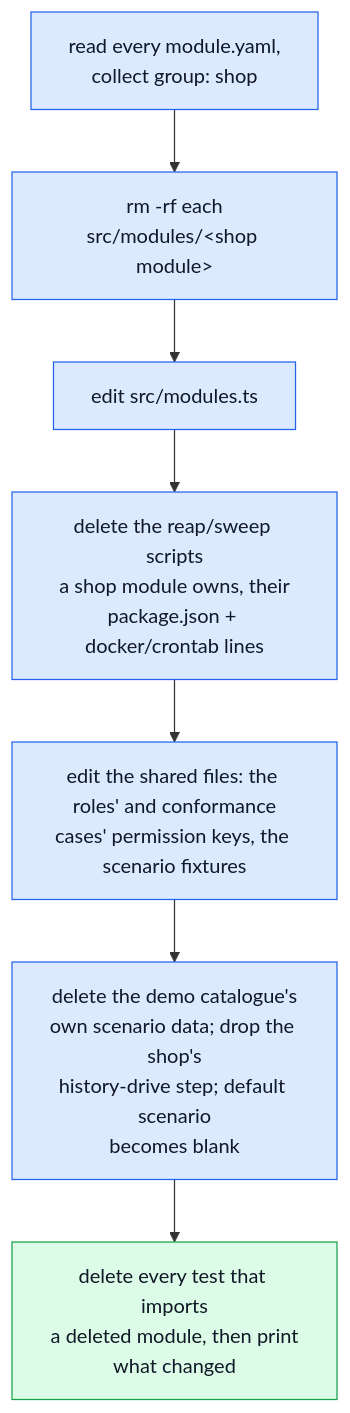
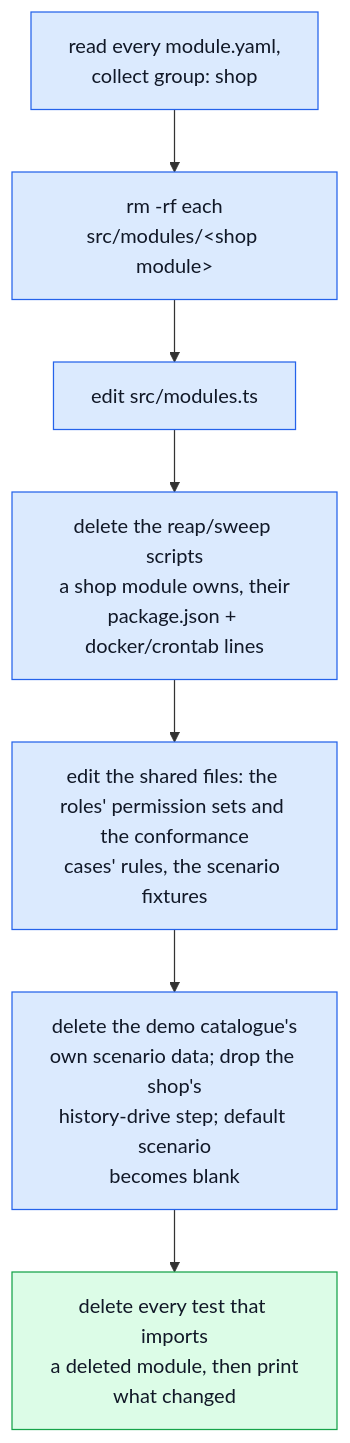
The second of 2 diagrams in docs/getting-started-new-project.md (Guebbit/boilerplate-node-backend), drawn with Mermaid before and after one commit. The commit also changed other lines of this file and 231 other files, not shown here.

````diff
--- a/docs/getting-started-new-project.md
+++ b/docs/getting-started-new-project.md
@@ -71,14 +71,14 @@
 ```mermaid
 flowchart TD
     Names["read every module.yaml,\ncollect group: shop"] --> Folders["rm -rf each\nsrc/modules/&lt;shop module&gt;"]
     Folders --> Registry["edit src/modules.ts"]
     Registry --> Ops["delete the reap/sweep scripts\na shop module owns, their\npackage.json + docker/crontab lines"]
-    Ops --> Shared["edit the shared files: the roles' and conformance\ncases' permission keys, the scenario fixtures"]
+    Ops --> Shared["edit the shared files: the roles' permission sets and the conformance\ncases' rules, the scenario fixtures"]
     Shared --> Scenario["delete the demo catalogue's\nown scenario data; drop the shop's\nhistory-drive step; default scenario\nbecomes blank"]
     Scenario --> Report["delete every test that imports\na deleted module, then print\nwhat changed"]
 
     classDef step fill:#dbeafe,stroke:#2563eb,color:#111827;
     classDef done fill:#dcfce7,stroke:#16a34a,color:#111827;
     class Names,Folders,Registry,Ops,Shared,Scenario step;
     class Report done;
 ```
````
